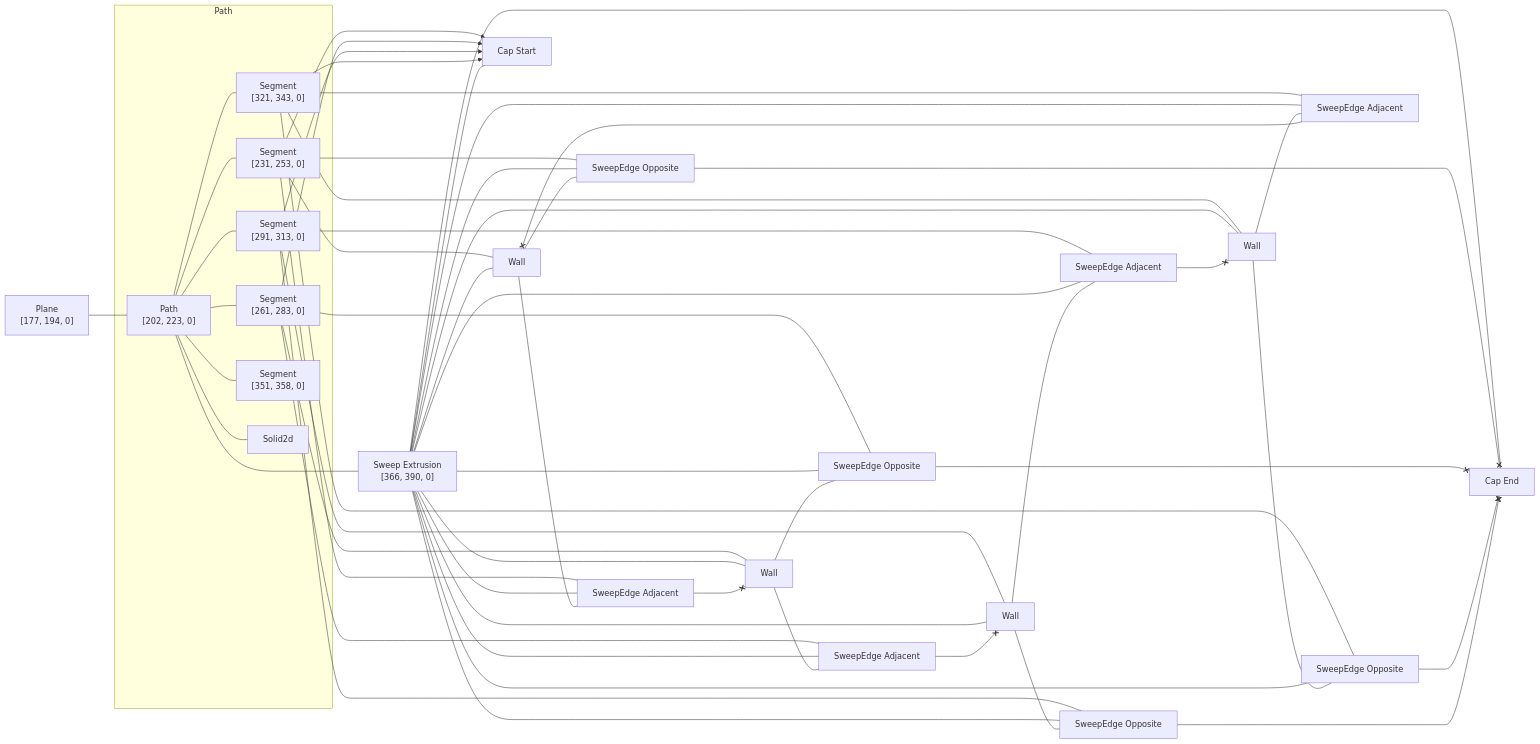
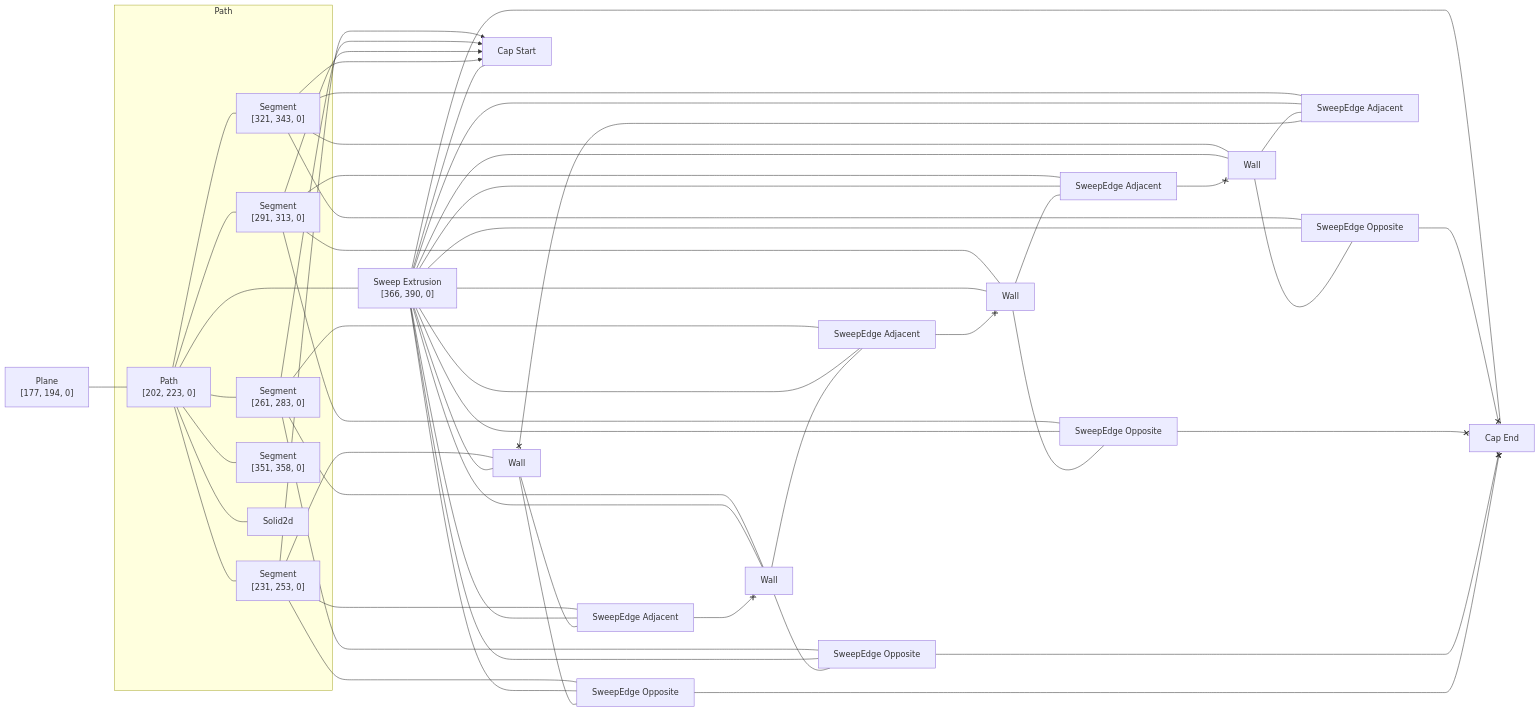
Before and after one commit to rajgandhi1/modeling-app: the diagram in rust/kcl-lib/tests/cube_with_error/artifact_graph_flowchart.snap.md, drawn with Mermaid. The commit also changed 101 other files, not shown here.

````diff
--- a/rust/kcl-lib/tests/cube_with_error/artifact_graph_flowchart.snap.md
+++ b/rust/kcl-lib/tests/cube_with_error/artifact_graph_flowchart.snap.md
@@ -1,82 +1,82 @@
 ```mermaid
 flowchart LR
   subgraph path2 [Path]
     2["Path<br>[202, 223, 0]"]
     3["Segment<br>[231, 253, 0]"]
     4["Segment<br>[261, 283, 0]"]
     5["Segment<br>[291, 313, 0]"]
     6["Segment<br>[321, 343, 0]"]
     7["Segment<br>[351, 358, 0]"]
     8[Solid2d]
   end
   1["Plane<br>[177, 194, 0]"]
   9["Sweep Extrusion<br>[366, 390, 0]"]
   10[Wall]
   11[Wall]
   12[Wall]
   13[Wall]
   14["Cap Start"]
   15["Cap End"]
   16["SweepEdge Opposite"]
   17["SweepEdge Opposite"]
   18["SweepEdge Opposite"]
   19["SweepEdge Opposite"]
   20["SweepEdge Adjacent"]
   21["SweepEdge Adjacent"]
   22["SweepEdge Adjacent"]
   23["SweepEdge Adjacent"]
   1 --- 2
   2 --- 3
   2 --- 4
   2 --- 5
   2 --- 6
   2 --- 7
   2 --- 8
   2 ---- 9
   3 --- 13
   3 x--> 14
-  3 --- 16
-  3 --- 22
+  3 --- 19
+  3 --- 23
   4 --- 11
   4 x--> 14
-  4 --- 17
-  4 --- 21
+  4 --- 18
+  4 --- 22
   5 --- 10
   5 x--> 14
-  5 --- 19
-  5 --- 23
+  5 --- 17
+  5 --- 21
   6 --- 12
   6 x--> 14
-  6 --- 18
+  6 --- 16
   6 --- 20
   9 --- 10
   9 --- 11
   9 --- 12
   9 --- 13
   9 --- 14
   9 --- 15
   9 --- 16
   9 --- 17
   9 --- 18
   9 --- 19
   9 --- 20
   9 --- 21
   9 --- 22
   9 --- 23
-  10 --- 19
-  21 <--x 10
-  10 --- 23
-  11 --- 17
-  11 --- 21
-  22 <--x 11
-  12 --- 18
+  10 --- 17
+  10 --- 21
+  22 <--x 10
+  11 --- 18
+  11 --- 22
+  23 <--x 11
+  12 --- 16
   12 --- 20
-  23 <--x 12
-  13 --- 16
+  21 <--x 12
+  13 --- 19
   20 <--x 13
-  13 --- 22
+  13 --- 23
   16 <--x 15
   17 <--x 15
   18 <--x 15
   19 <--x 15
 ```
````
